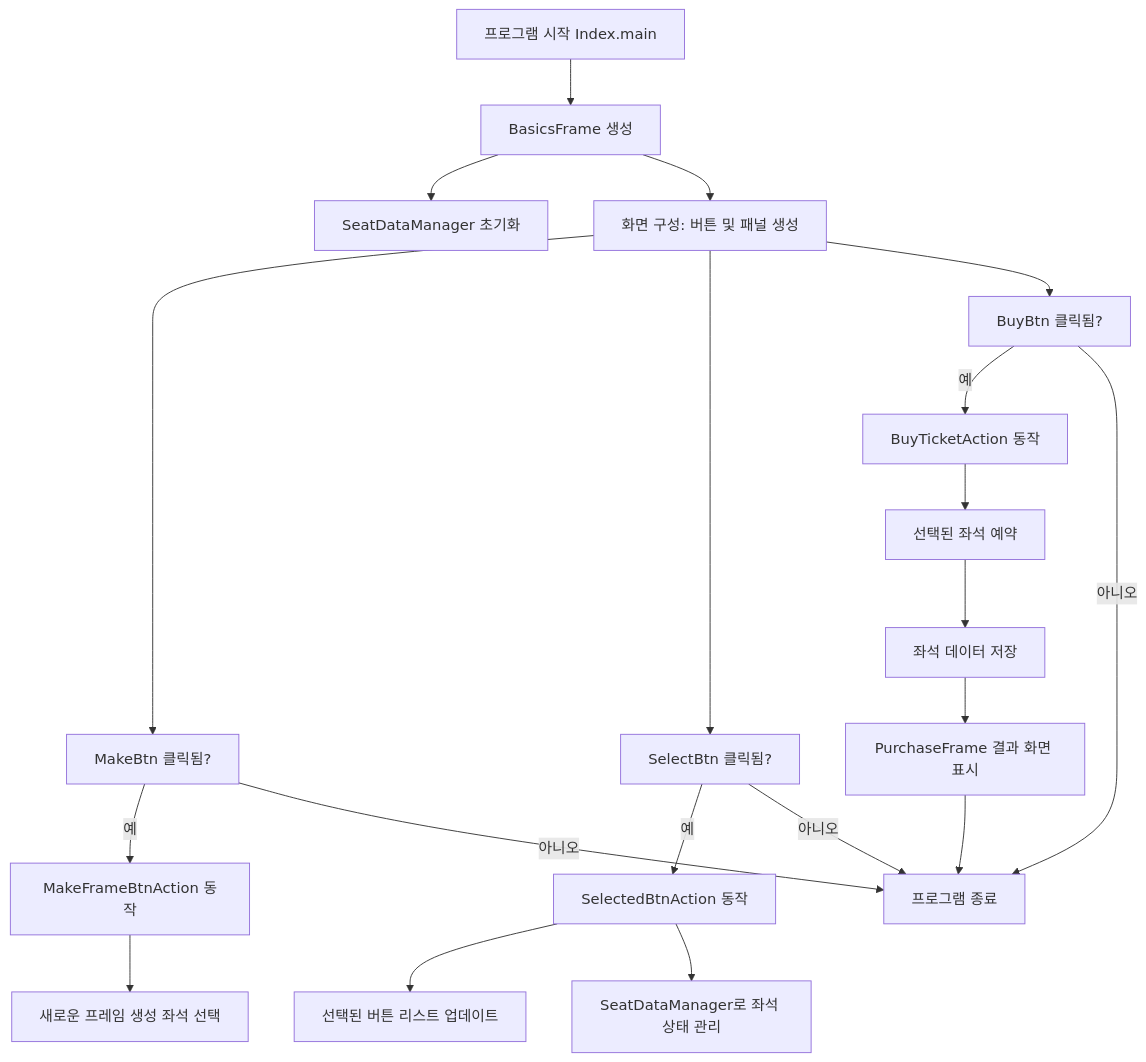
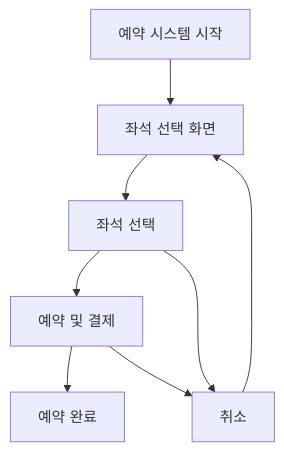
Before and after one commit to Jiu125/SeatReservation: the first of 2 diagrams in README.md, drawn with Mermaid. The commit also changed other lines of this file and 5 other files, not shown here.

````diff
--- a/README.md
+++ b/README.md
@@ -113,23 +115,12 @@
 ```mermaid
 graph TD
-    A[프로그램 시작 Index.main] --> B[BasicsFrame 생성]
-B --> C[SeatDataManager 초기화]
-B --> D[화면 구성: 버튼 및 패널 생성]
-D --> E[MakeBtn 클릭됨?]
-E -- 예 --> F[MakeFrameBtnAction 동작]
-F --> G[새로운 프레임 생성 좌석 선택]
-D --> H[SelectBtn 클릭됨?]
-H -- 예 --> I[SelectedBtnAction 동작]
-I --> J[선택된 버튼 리스트 업데이트]
-I --> K[SeatDataManager로 좌석 상태 관리]
-D --> L[BuyBtn 클릭됨?]
-L -- 예 --> M[BuyTicketAction 동작]
-M --> N[선택된 좌석 예약]
-N --> O[좌석 데이터 저장]
-O --> P[PurchaseFrame 결과 화면 표시]
-P --> Q[프로그램 종료]
-L -- 아니오 --> Q[프로그램 종료]
-H -- 아니오 --> Q[프로그램 종료]
-E -- 아니오 --> Q[프로그램 종료]
+    A[예약 시스템 시작] --> B[좌석 선택 화면]
+    B --> C[좌석 선택]
+    C --> D[예약 및 결제]
+    D --> E[예약 완료]
+
+    C --> F[취소]
+    D --> F
+    F --> B
 
 ```
````
